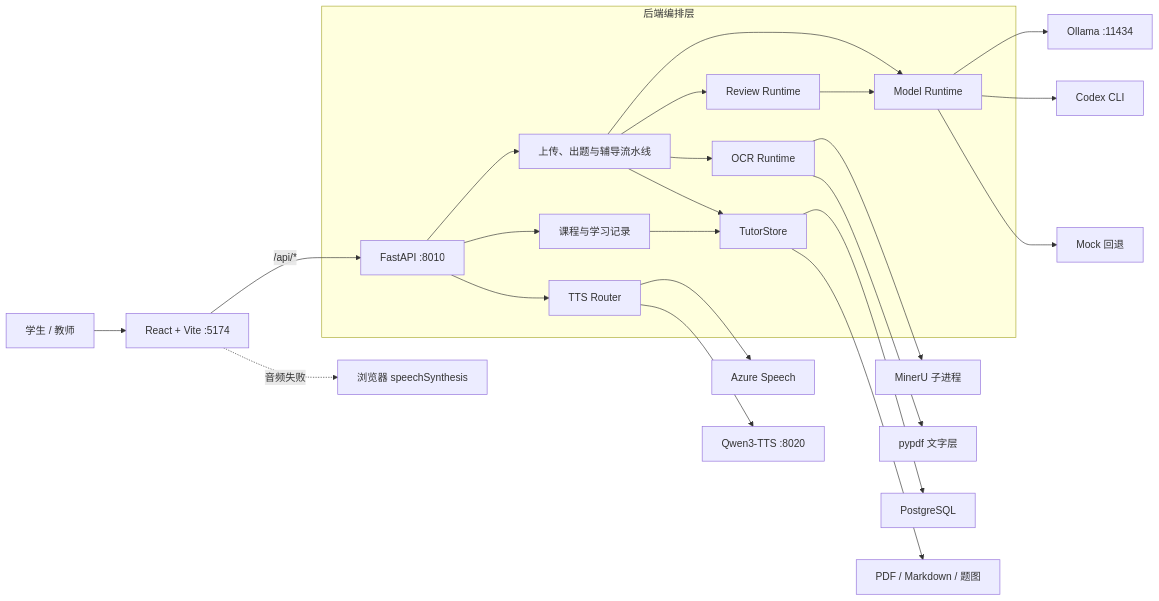
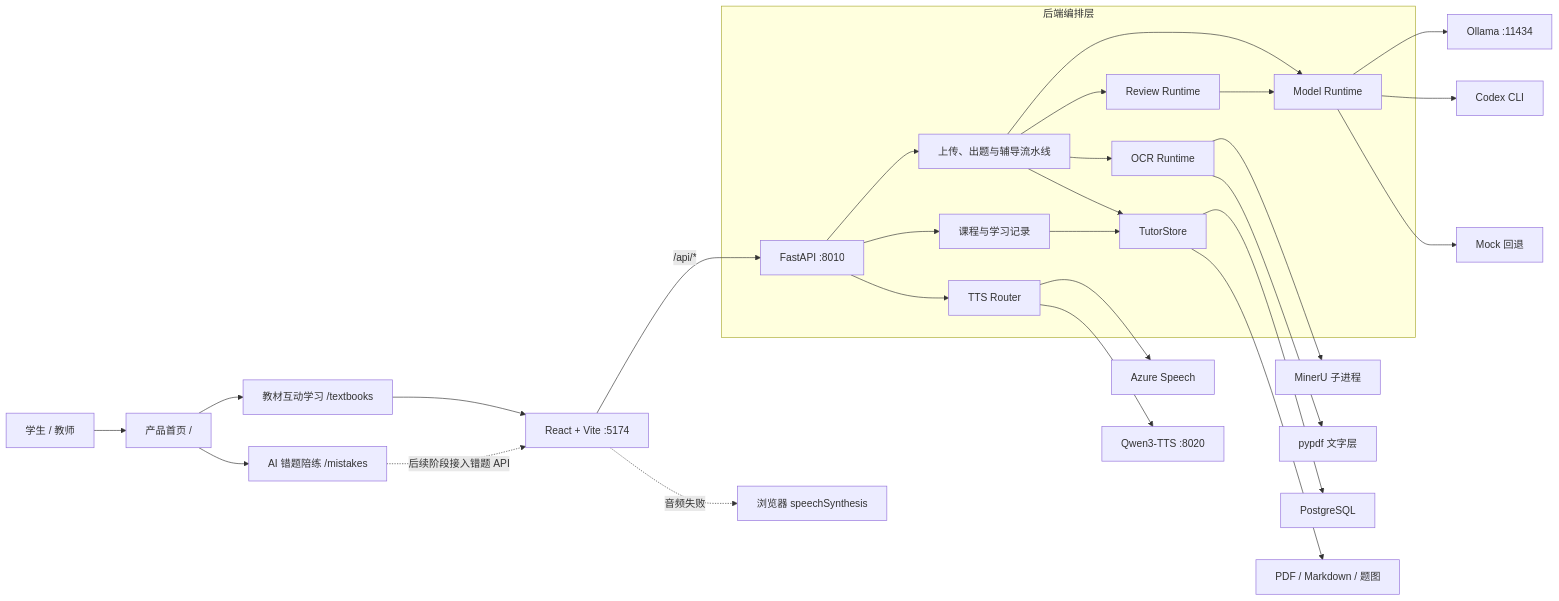
The diagram in docs/architecture.md (ningkaikok/dotty-tutor), drawn with Mermaid before and after one commit. The commit also changed other lines of this file and 15 other files, not shown here.

````diff
--- a/docs/architecture.md
+++ b/docs/architecture.md
@@ -10,28 +11,32 @@
 ```mermaid
 flowchart LR
-  User["学生 / 教师"] --> Web["React + Vite :5174"]
+  User["学生 / 教师"] --> Home["产品首页 /"]
+  Home --> Textbooks["教材互动学习 /textbooks"]
+  Home --> Mistakes["AI 错题陪练 /mistakes"]
+  Textbooks --> Web["React + Vite :5174"]
+  Mistakes -. "后续阶段接入错题 API" .-> Web
   Web -->|"/api/*"| API["FastAPI :8010"]
 
   subgraph Backend["后端编排层"]
     API --> Pipeline["上传、出题与辅导流水线"]
     API --> Learning["课程与学习记录"]
     Pipeline --> OCR["OCR Runtime"]
     Pipeline --> Model["Model Runtime"]
     Pipeline --> Review["Review Runtime"]
     Pipeline --> Store["TutorStore"]
     Learning --> Store
     API --> TTS["TTS Router"]
     Review --> Model
   end
 
   OCR --> MinerU["MinerU 子进程"]
   OCR --> PyPDF["pypdf 文字层"]
   Model --> Ollama["Ollama :11434"]
   Model --> Codex["Codex CLI"]
   Model --> Mock["Mock 回退"]
   Store --> PostgreSQL["PostgreSQL"]
   Store --> Files["PDF / Markdown / 题图"]
   TTS --> Azure["Azure Speech"]
   TTS --> Qwen["Qwen3-TTS :8020"]
   Web -. "音频失败" .-> BrowserTTS["浏览器 speechSynthesis"]
 ```
````
